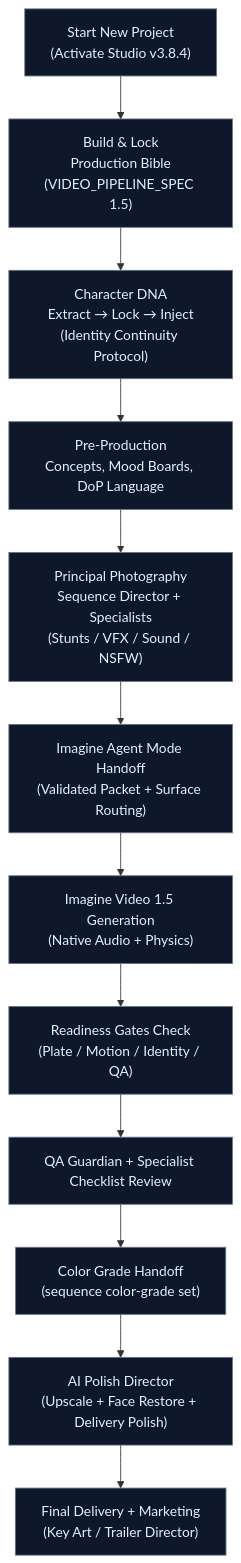
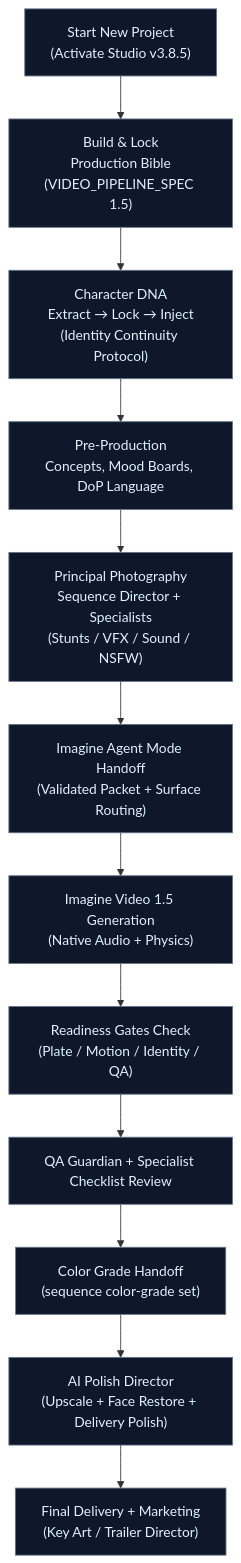
The second of 2 diagrams in README.md (FineComputer14451/Grok-Imagine-Cinematic-Studio), drawn with Mermaid before and after one commit. The commit also changed other lines of this file and 40 other files, not shown here.

````diff
--- a/README.md
+++ b/README.md
@@ -140,17 +138,17 @@
 ```mermaid
 flowchart TD
-    Start["Start New Project<br/>(Activate Studio v3.8.4)"] --> Bible["Build & Lock<br/>Production Bible<br/>(VIDEO_PIPELINE_SPEC 1.5)"]
+    Start["Start New Project<br/>(Activate Studio v3.8.5)"] --> Bible["Build & Lock<br/>Production Bible<br/>(VIDEO_PIPELINE_SPEC 1.5)"]
     Bible --> DNA["Character DNA<br/>Extract → Lock → Inject<br/>(Identity Continuity Protocol)"]
     DNA --> PreProd["Pre-Production<br/>Concepts, Mood Boards, DoP Language"]
     PreProd --> Principal["Principal Photography<br/>Sequence Director + Specialists<br/>(Stunts / VFX / Sound / NSFW)"]
     Principal --> Handoff["Imagine Agent Mode Handoff<br/>(Validated Packet + Surface Routing)"]
     Handoff --> Generate["Imagine Video 1.5 Generation<br/>(Native Audio + Physics)"]
     Generate --> Gates["Readiness Gates Check<br/>(Plate / Motion / Identity / QA)"]
     Gates --> Review["QA Guardian + Specialist Checklist Review"]
     Review --> Color["Color Grade Handoff<br/>(sequence color-grade set)"]
     Color --> Polish["AI Polish Director<br/>(Upscale + Face Restore + Delivery Polish)"]
     Polish --> Deliver["Final Delivery + Marketing<br/>(Key Art / Trailer Director)"]
 
     classDef step fill:#0f172a,stroke:#64748b,color:#e0f2fe
     class Start,Bible,DNA,PreProd,Principal,Handoff,Generate,Gates,Review,Color,Polish,Deliver step
 ```
````
